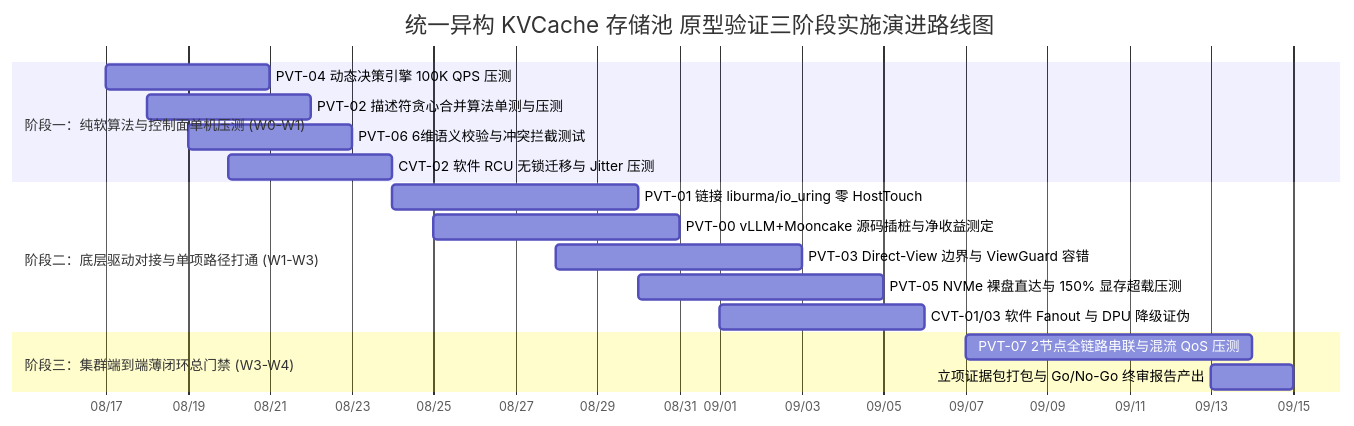
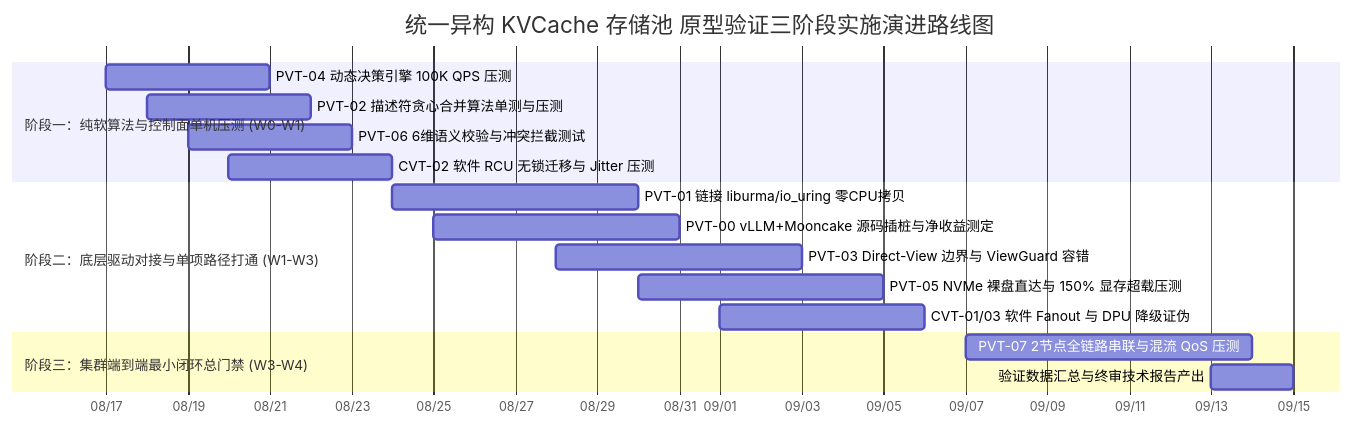
One commit to stonetree/reports changed the diagram in kvcache/unified_kv_memory/提前验证方案设计/验证计划方案设计/00_统一异构KVCache存储池_关键技术原型验证总体实施方案设计.md. Above: the diagram before and after it, drawn with Mermaid. The commit also changed other lines of this file and 12 other files, not shown here.

````diff
--- a/kvcache/unified_kv_memory/提前验证方案设计/验证计划方案设计/00_统一异构KVCache存储池_关键技术原型验证总体实施方案设计.md
+++ b/kvcache/unified_kv_memory/提前验证方案设计/验证计划方案设计/00_统一异构KVCache存储池_关键技术原型验证总体实施方案设计.md
@@ -106,20 +106,20 @@
 ```mermaid
 gantt
     title 统一异构 KVCache 存储池 原型验证三阶段实施演进路线图
     dateFormat  YYYY-MM-DD
     axisFormat  %m/%d
     section 阶段一：纯软算法与控制面单机压测 (W0-W1)
     PVT-04 动态决策引擎 100K QPS 压测       :p1, 2026-08-17, 2026-08-21
     PVT-02 描述符贪心合并算法单测与压测     :p2, 2026-08-18, 2026-08-22
     PVT-06 6维语义校验与冲突拦截测试        :p3, 2026-08-19, 2026-08-23
     CVT-02 软件 RCU 无锁迁移与 Jitter 压测  :p4, 2026-08-20, 2026-08-24
     section 阶段二：底层驱动对接与单项路径打通 (W1-W3)
-    PVT-01 链接 liburma/io_uring 零 HostTouch:q1, 2026-08-24, 2026-08-30
+    PVT-01 链接 liburma/io_uring 零CPU拷贝:q1, 2026-08-24, 2026-08-30
     PVT-00 vLLM+Mooncake 源码插桩与净收益测定:q2, 2026-08-25, 2026-08-31
     PVT-03 Direct-View 边界与 ViewGuard 容错:q3, 2026-08-28, 2026-09-03
     PVT-05 NVMe 裸盘直达与 150% 显存超载压测 :q4, 2026-08-30, 2026-09-05
     CVT-01/03 软件 Fanout 与 DPU 降级证伪     :q5, 2026-09-01, 2026-09-06
-    section 阶段三：集群端到端薄闭环总门禁 (W3-W4)
+    section 阶段三：集群端到端最小闭环总门禁 (W3-W4)
     PVT-07 2节点全链路串联与混流 QoS 压测   :r1, 2026-09-07, 2026-09-14
-    立项证据包打包与 Go/No-Go 终审报告产出   :r2, 2026-09-13, 2026-09-15
+    验证数据汇总与终审技术报告产出   :r2, 2026-09-13, 2026-09-15
 ```
````
